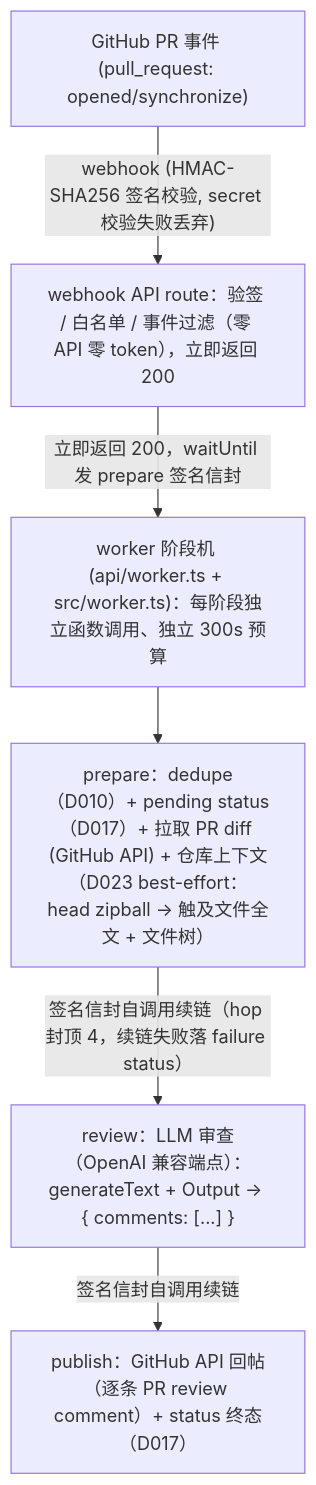
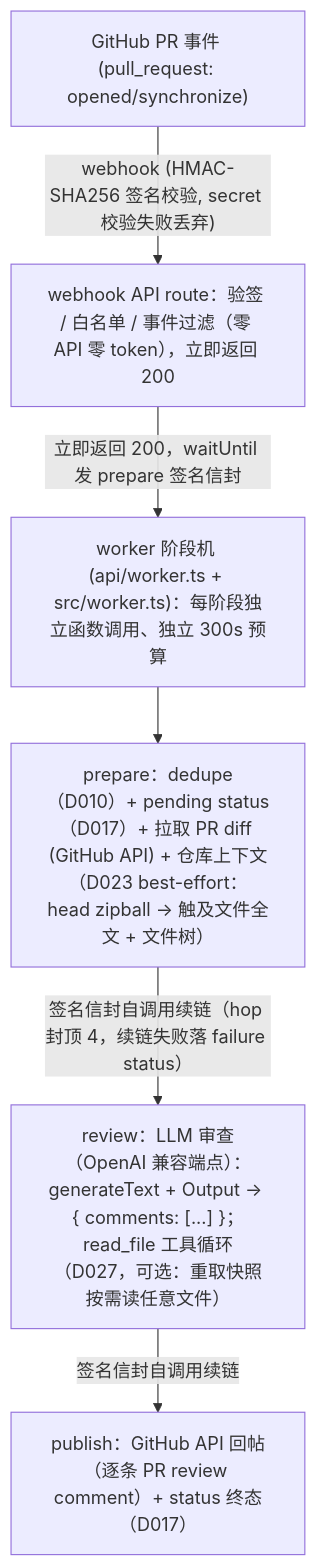
Before and after one commit to blingblingredstar/pr-review-agent: the diagram in docs/architecture.md, drawn with Mermaid. The commit also changed other lines of this file and 15 other files, not shown here.

First line of the commit message:
feat: read file 工具循环——按需读 head 快照任意文件（D027）

````diff
--- a/docs/architecture.md
+++ b/docs/architecture.md
@@ -7,8 +7,8 @@
 ```mermaid
 flowchart TD
     A["GitHub PR 事件 (pull_request: opened/synchronize)"] -->|"webhook (HMAC-SHA256 签名校验, secret 校验失败丢弃)"| B["webhook API route：验签 / 白名单 / 事件过滤（零 API 零 token），立即返回 200"]
     B -->|"立即返回 200，waitUntil 发 prepare 签名信封"| W["worker 阶段机 (api/worker.ts + src/worker.ts)：每阶段独立函数调用、独立 300s 预算"]
     W --> P["prepare：dedupe（D010）+ pending status（D017）+ 拉取 PR diff (GitHub API) + 仓库上下文（D023 best-effort：head zipball → 触及文件全文 + 文件树）"]
-    P -->|"签名信封自调用续链（hop 封顶 4，续链失败落 failure status）"| R["review：LLM 审查（OpenAI 兼容端点）：generateText + Output → { comments: [...] }"]
+    P -->|"签名信封自调用续链（hop 封顶 4，续链失败落 failure status）"| R["review：LLM 审查（OpenAI 兼容端点）：generateText + Output → { comments: [...] }；read_file 工具循环（D027，可选：重取快照按需读任意文件）"]
     R -->|"签名信封自调用续链"| PB["publish：GitHub API 回帖（逐条 PR review comment）+ status 终态（D017）"]
 ```
````
